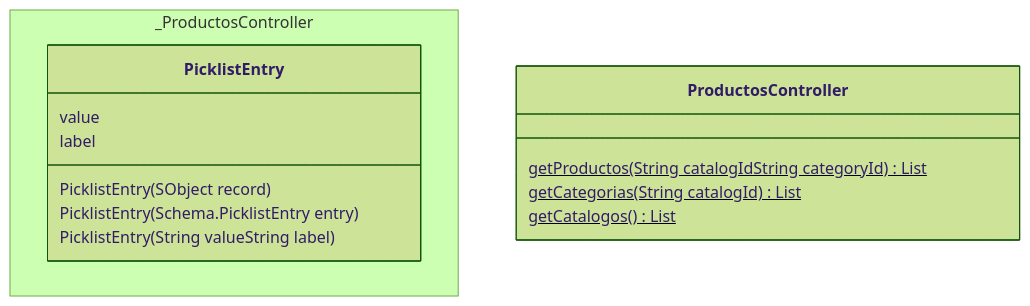
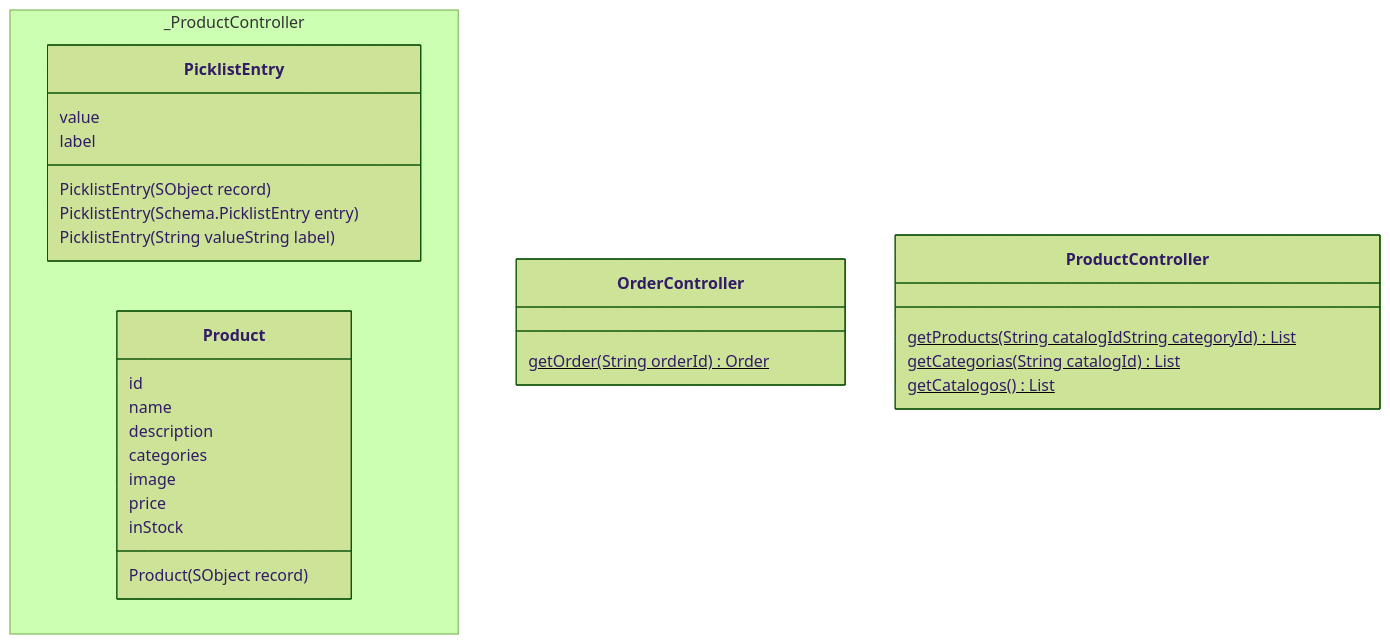
The second of 2 diagrams in docs/intro.md (sebastianclaros/teatime), drawn with Mermaid (forest theme) before and after one commit. The commit also changed other lines of this file and 27 other files, not shown here.

````diff
--- a/docs/intro.md
+++ b/docs/intro.md
@@ -58,28 +64,52 @@
 ```mermaid
 classDiagram
+
+
+    class OrderController {
+         getOrder(String orderId) Order $
+
+    }
+
+    link OrderController "./diccionarios/classes/OrderController" 
 
 
     class PicklistEntry {
          value     
          label     
      PicklistEntry(SObject record)  
      PicklistEntry(Schema.PicklistEntry entry)  
      PicklistEntry(String valueString label)  
 
     }
 
     link PicklistEntry "./diccionarios/classes/PicklistEntry" 
 
 
-    class ProductosController {
-         getProductos(String catalogIdString categoryId) List $
+    class Product {
+         id     
+         name     
+         description     
+         categories     
+         image     
+         price     
+         inStock     
+     Product(SObject record)  
+
+    }
+
+    link Product "./diccionarios/classes/Product" 
+
+
+    class ProductController {
+         getProducts(String catalogIdString categoryId) List $
          getCategorias(String catalogId) List $
          getCatalogos() List $
 
     }
 
-    link ProductosController "./diccionarios/classes/ProductosController" 
- namespace _ProductosController {
+    link ProductController "./diccionarios/classes/ProductController" 
+ namespace _ProductController {
+    class Product 
     class PicklistEntry 
 }
 ```
````
